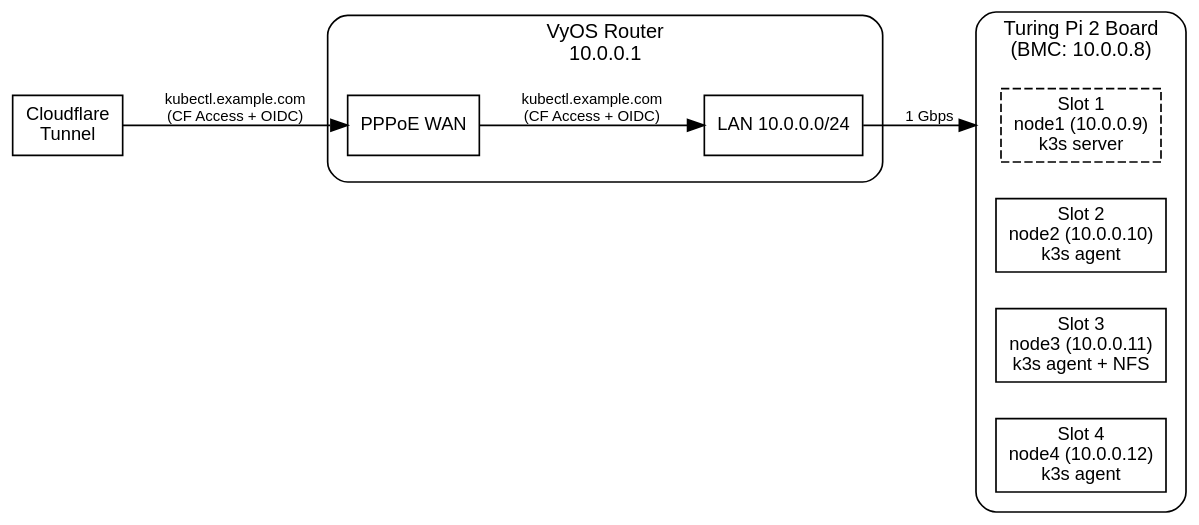
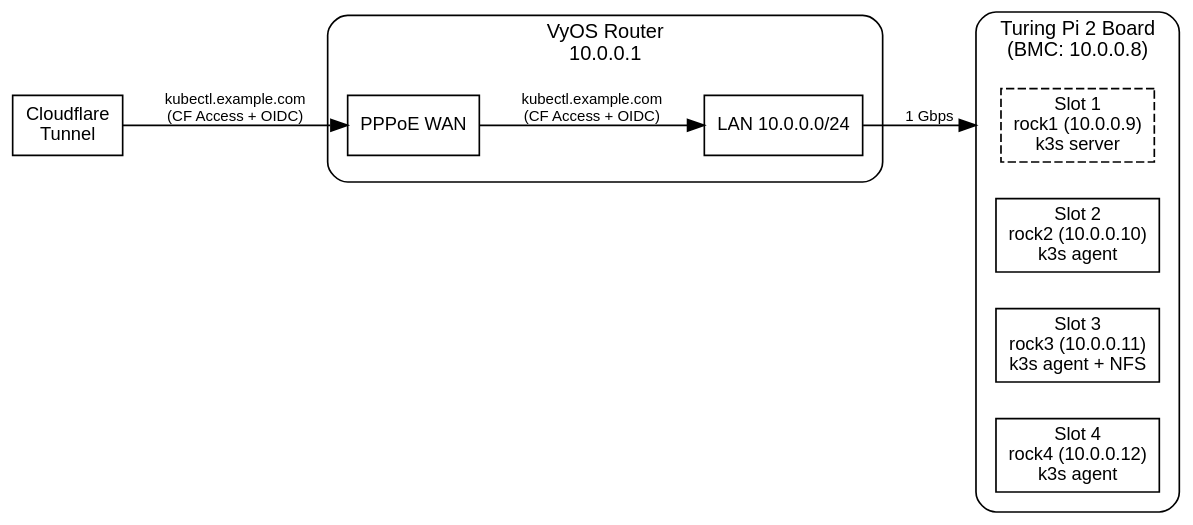
The diagram in src/content/docs/guides/k3s-arm64-cluster-ops.mdx (erfianugrah/lexicanum), drawn with Graphviz before and after one commit. The commit also changed other lines of this file and 54 other files, not shown here.

````diff
--- a/src/content/docs/guides/k3s-arm64-cluster-ops.mdx
+++ b/src/content/docs/guides/k3s-arm64-cluster-ops.mdx
@@ -41,28 +41,28 @@
 ```dot
 digraph {
   rankdir=LR; bgcolor="transparent"; compound=true; nodesep=0.3; ranksep=0.7;
   fontname="Helvetica,Arial,sans-serif";
   node [fontname="Helvetica,Arial,sans-serif", fontsize=11, shape=box];
   edge [fontname="Helvetica,Arial,sans-serif", fontsize=9];
 
   subgraph cluster_tpi {
     label="Turing Pi 2 Board\n(BMC: 10.0.0.8)"; style=rounded; fontsize=12; margin=12;
-    tpi_slot1 [label="Slot 1\nnode1 (10.0.0.9)\nk3s server", style=dashed];
-    tpi_slot2 [label="Slot 2\nnode2 (10.0.0.10)\nk3s agent"];
-    tpi_slot3 [label="Slot 3\nnode3 (10.0.0.11)\nk3s agent + NFS"];
-    tpi_slot4 [label="Slot 4\nnode4 (10.0.0.12)\nk3s agent"];
+    tpi_slot1 [label="Slot 1\nrock1 (10.0.0.9)\nk3s server", style=dashed];
+    tpi_slot2 [label="Slot 2\nrock2 (10.0.0.10)\nk3s agent"];
+    tpi_slot3 [label="Slot 3\nrock3 (10.0.0.11)\nk3s agent + NFS"];
+    tpi_slot4 [label="Slot 4\nrock4 (10.0.0.12)\nk3s agent"];
   }
 
   subgraph cluster_vyos {
     label="VyOS Router\n10.0.0.1"; style=rounded; fontsize=12; margin=12;
     vyos_wan [label="PPPoE WAN"];
     vyos_lan [label="LAN 10.0.0.0/24"];
   }
 
   cf [label="Cloudflare\nTunnel"];
 
   vyos_lan -> tpi_slot1 [label="1 Gbps", lhead=cluster_tpi];
   cf       -> vyos_wan  [label="kubectl.example.com\n(CF Access + OIDC)"];
   vyos_wan -> vyos_lan  [label="kubectl.example.com\n(CF Access + OIDC)"];
 }
 ```
````
